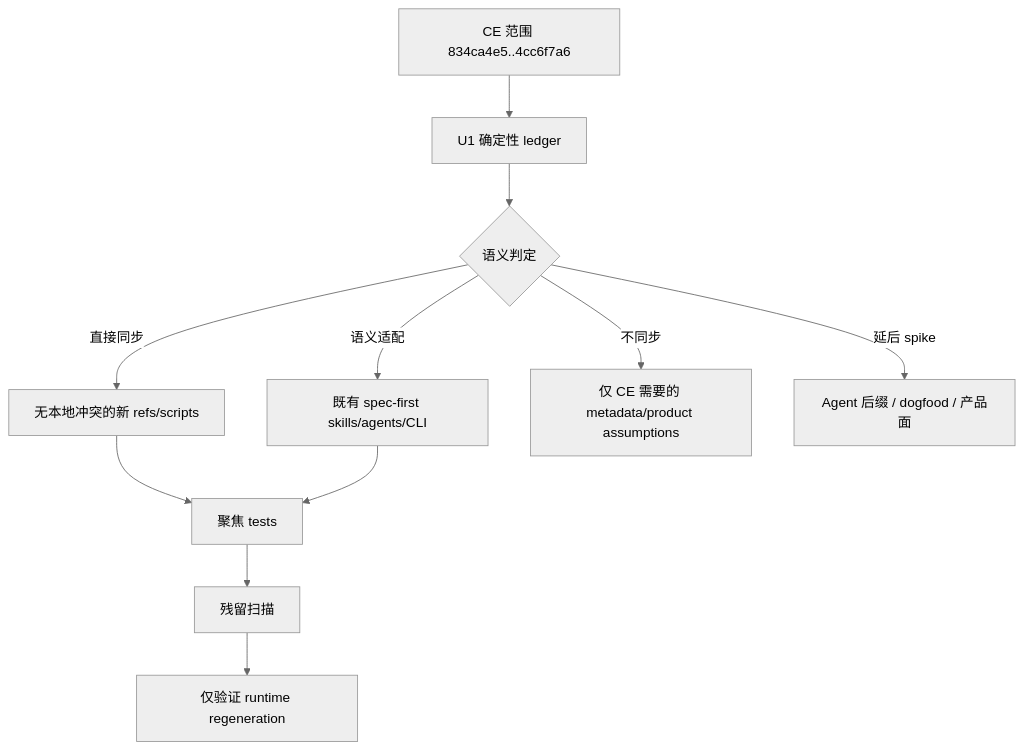
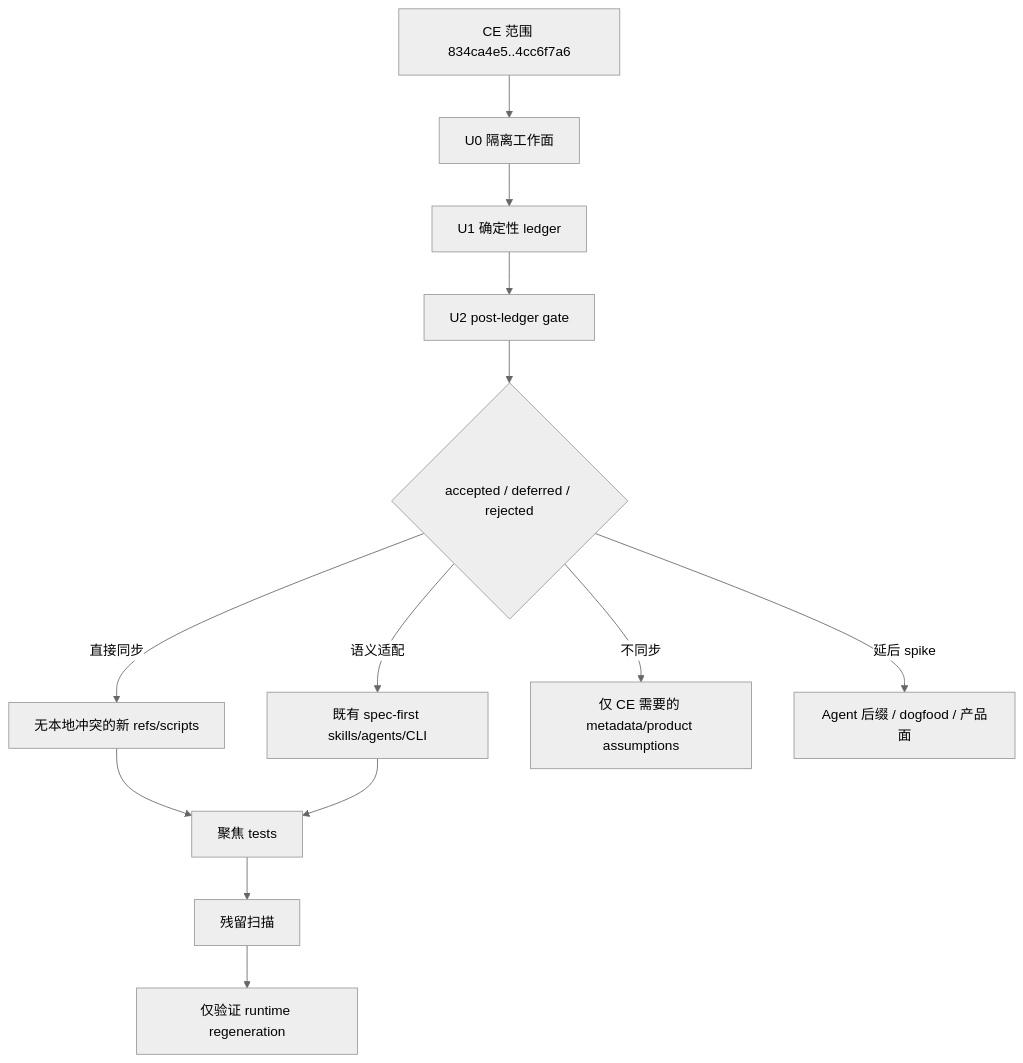
One commit to ajiao7240/spec-first changed the diagram in docs/plans/2026-06-03-002-refactor-sync-ce-4cc6f7a6-workflow-updates-plan.md. Above: the diagram before and after it, drawn with Mermaid (neutral theme). The commit also changed other lines of this file and 2 other files, not shown here.

````diff
--- a/docs/plans/2026-06-03-002-refactor-sync-ce-4cc6f7a6-workflow-updates-plan.md
+++ b/docs/plans/2026-06-03-002-refactor-sync-ce-4cc6f7a6-workflow-updates-plan.md
@@ -200,13 +200,15 @@
 ```mermaid
 flowchart TD
-  A[CE 范围 834ca4e5..4cc6f7a6] --> B[U1 确定性 ledger]
-  B --> C{语义判定}
-  C -->|直接同步| D[无本地冲突的新 refs/scripts]
-  C -->|语义适配| E[既有 spec-first skills/agents/CLI]
-  C -->|不同步| F[仅 CE 需要的 metadata/product assumptions]
-  C -->|延后 spike| G[Agent 后缀 / dogfood / 产品面]
+  A[CE 范围 834ca4e5..4cc6f7a6] --> Z[U0 隔离工作面]
+  Z --> B[U1 确定性 ledger]
+  B --> C[U2 post-ledger gate]
+  C --> D0{accepted / deferred / rejected}
+  D0 -->|直接同步| D[无本地冲突的新 refs/scripts]
+  D0 -->|语义适配| E[既有 spec-first skills/agents/CLI]
+  D0 -->|不同步| F[仅 CE 需要的 metadata/product assumptions]
+  D0 -->|延后 spike| G[Agent 后缀 / dogfood / 产品面]
   D --> H[聚焦 tests]
   E --> H
   H --> I[残留扫描]
   I --> J[仅验证 runtime regeneration]
 ```
````
